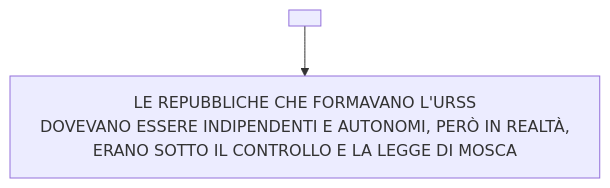
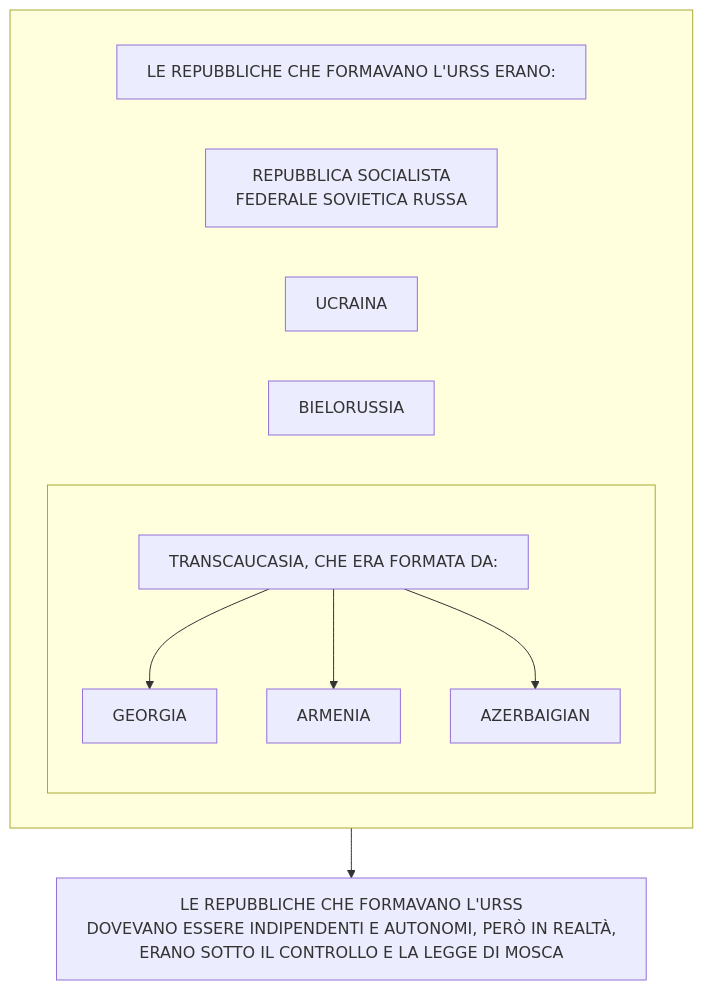
Diagram 12 of 12 in stalinismoRiscrittura.md (Laaouatni/ricerca-storia-MermaidJS), drawn with Mermaid before and after one commit.

````diff
--- a/stalinismoRiscrittura.md
+++ b/stalinismoRiscrittura.md
@@ -219,9 +219,19 @@
 ```mermaid
 %%{init: { "flowchart": { "wrappingWidth": 800 } }}%%
 flowchart TB
   subgraph 1[" "]
-
+    2[LE REPUBBLICHE CHE FORMAVANO L'URSS ERANO:]
+    3[REPUBBLICA SOCIALISTA <br> FEDERALE SOVIETICA RUSSA]
+    4[UCRAINA]
+    5[BIELORUSSIA]
+    subgraph 6[" "]
+      7[TRANSCAUCASIA, CHE ERA FORMATA DA:]
+      70[GEORGIA]
+      71[ARMENIA]
+      72[AZERBAIGIAN]
+      7 --> 70 & 71 & 72
+    end
   end
   0[LE REPUBBLICHE CHE FORMAVANO L'URSS <br>DOVEVANO ESSERE INDIPENDENTI E AUTONOMI, PERÒ IN REALTÀ, <br>ERANO SOTTO IL CONTROLLO E LA LEGGE DI MOSCA]
   1 --> 0
 ```
````
